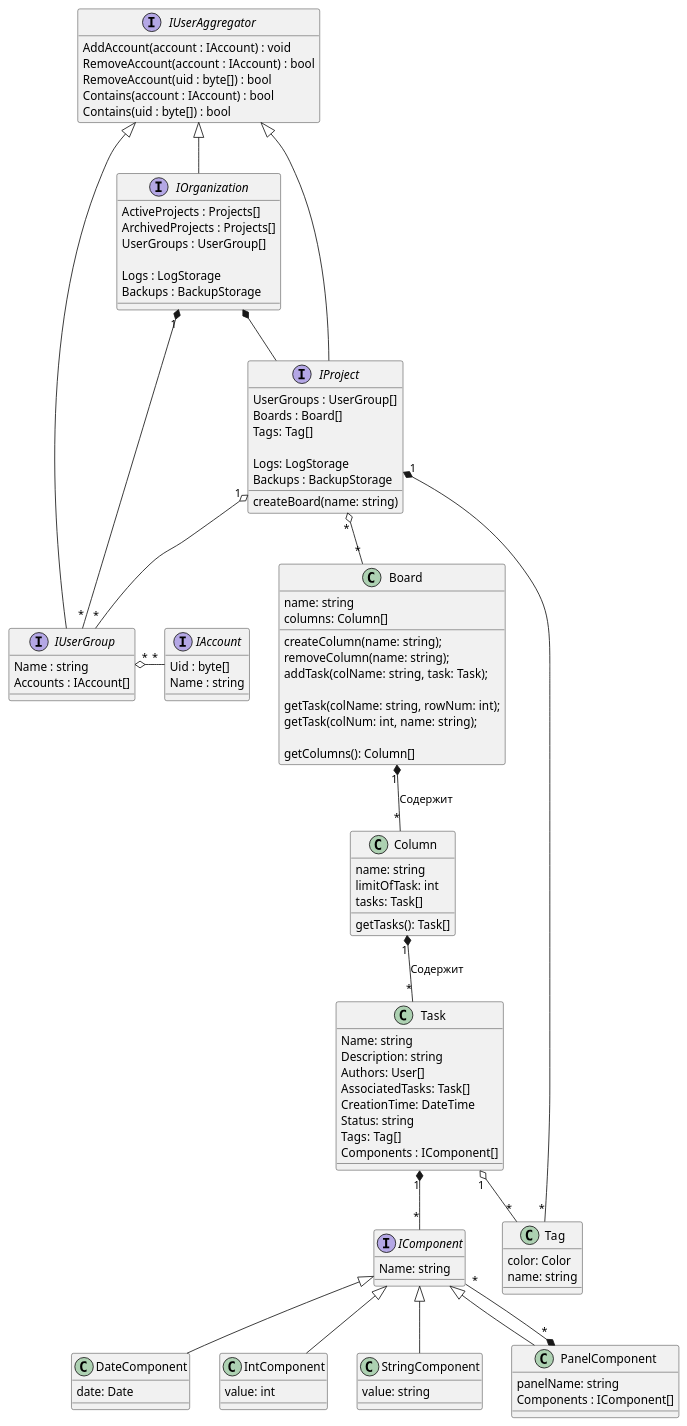
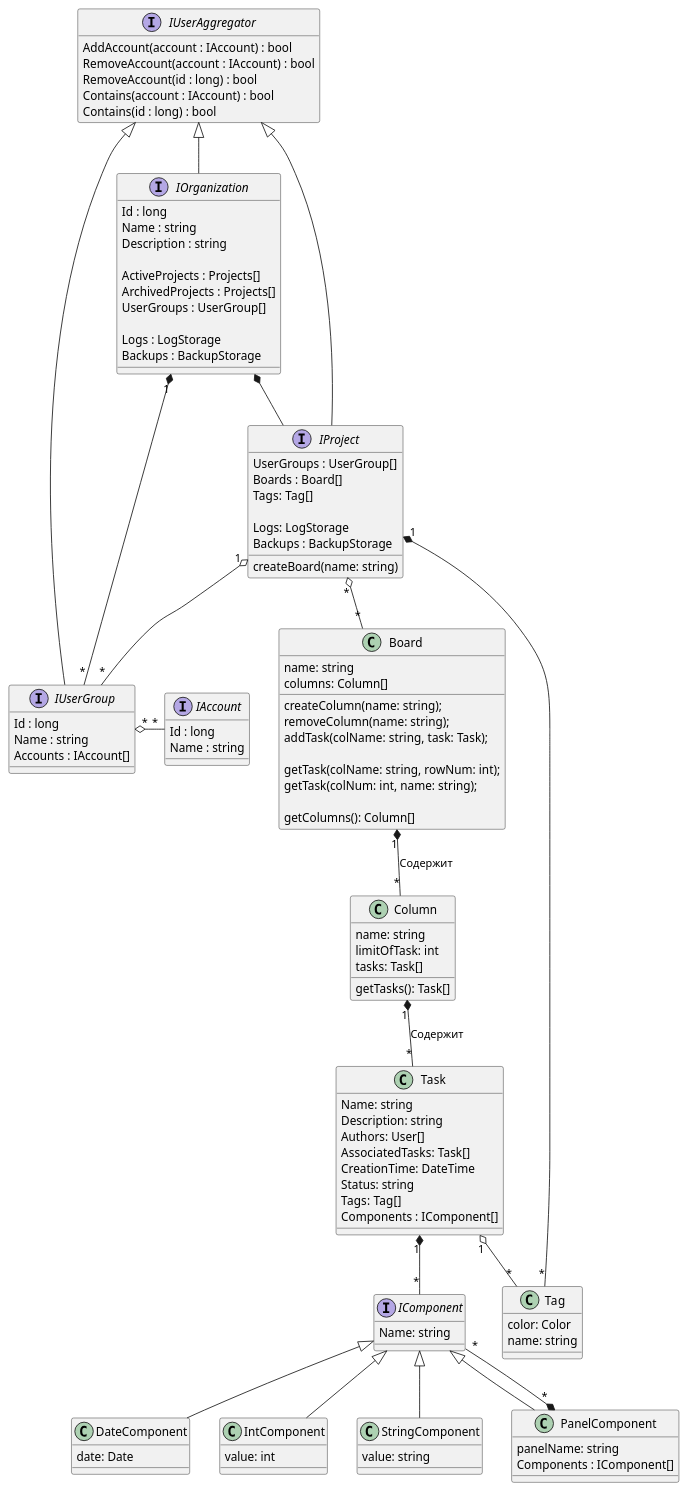
The diagram in doc/diagrams/class/organization full class.puml (HandsAndKeyboards/TFlic), drawn with PlantUML before and after one commit.

Commit message:
мелкие проработки

````diff
--- a/doc/diagrams/class/organization full class.puml
+++ b/doc/diagrams/class/organization full class.puml
@@ -1,156 +1,161 @@
 @startumlProject
 
 interface IUserAggregator {
-    AddAccount(account : IAccount) : void
+    AddAccount(account : IAccount) : bool
     RemoveAccount(account : IAccount) : bool
-    RemoveAccount(uid : byte[]) : bool
+    RemoveAccount(id : long) : bool
     Contains(account : IAccount) : bool
-    Contains(uid : byte[]) : bool
+    Contains(id : long) : bool
 }
 hide IUserAggregator fields
 
 '''''''''''''''''''''''''''''''''''''''''''''''''''''''''''''''''''''''' ACCOUNTS
 
 interface IUserGroup {
+    Id : long
     Name : string
     Accounts : IAccount[]
 }
 IUserAggregator <|-- IUserGroup
 IOrganization "1" *-- "*" IUserGroup
 IProject "1" o-- "*" IUserGroup
 
 interface IAccount {
-    Uid : byte[]    
+    Id : long    
     Name : string
 }
 IUserGroup "*" o- "*" IAccount
 
 '''''''''''''''''''''''''''''''''''''''''''''''''''''''''''''''''''''''' ORGANIZATION
 
 interface IOrganization {
+    Id : long
+    Name : string
+    Description : string
+    
     ActiveProjects : Projects[]
     ArchivedProjects : Projects[]
     UserGroups : UserGroup[]
      
     Logs : LogStorage
     Backups : BackupStorage
 }
 IUserAggregator <|-- IOrganization
 
 '''''''''''''''''''''''''''''''''''''''''''''''''''''''''''''''''''''''' PROJECT
 
 interface IProject 
 {
     UserGroups : UserGroup[]
     Boards : Board[]
     Tags: Tag[]
 
     Logs: LogStorage
     Backups : BackupStorage
 
     createBoard(name: string)
 }
 IUserAggregator <|-- IProject
 IOrganization *-- IProject
 
 'class Project
 '{
 '
 '}
 'IProject <|-- Project
 
 '''''''''''''''''''''''''''''''''''''''''''''''''''''''''''''''''''''''' BOARD
 
 class Board
 {
     name: string
     columns: Column[]
 
     createColumn(name: string);
     removeColumn(name: string);
     addTask(colName: string, task: Task);
 
     ''''''''''''''' ????
     getTask(colName: string, rowNum: int); 
     getTask(colNum: int, name: string);
     '''''''''''''''
 
     getColumns(): Column[]
 }
 IProject "*" o-- "*" Board
 
 '''''''''''''''''''''''''''''
 
 class Column
 {
     name: string
     limitOfTask: int
     tasks: Task[]
 
     getTasks(): Task[]
 }
 
 '''''''''''''''''''''''''''''
 
 class Task
 {
     Name: string
     Description: string
     Authors: User[]
     AssociatedTasks: Task[]
     CreationTime: DateTime
     Status: string
     Tags: Tag[]
     Components : IComponent[]
 }
 
 Task "1" *-- "*" IComponent
 
 '''''''''''''''''''''''''''''
 
 interface IComponent
 {
     Name: string
 }
 
 class DateComponent
 {
     date: Date
 }
 
 class IntComponent
 {
     value: int
 }
 
 class StringComponent
 {
     value: string
 }
 
 class PanelComponent
 {
     panelName: string
     Components : IComponent[]
 }
 
 IComponent <|-- DateComponent
 IComponent <|-- IntComponent
 IComponent <|-- StringComponent
 IComponent <|-- PanelComponent
 PanelComponent "*" *-- "*" IComponent
 
 '''''''''''''''''''''''''''''```
 
 class Tag
 {
     color: Color
     name: string
 }
 IProject "1" *-- "*" Tag
 
 Board "1" *-- "*" Column : Содержит
 Column "1" *-- "*" Task : Содержит
 Task "1" o-- "*" Tag
 
 @enduml
````
